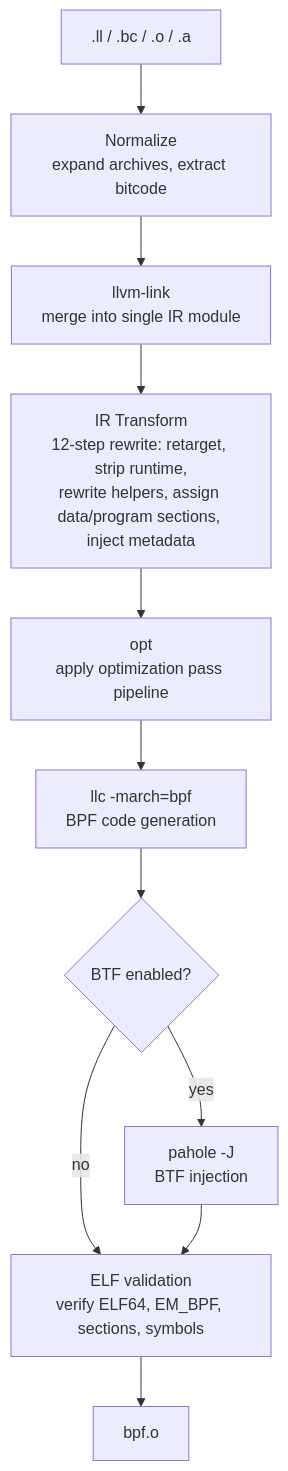
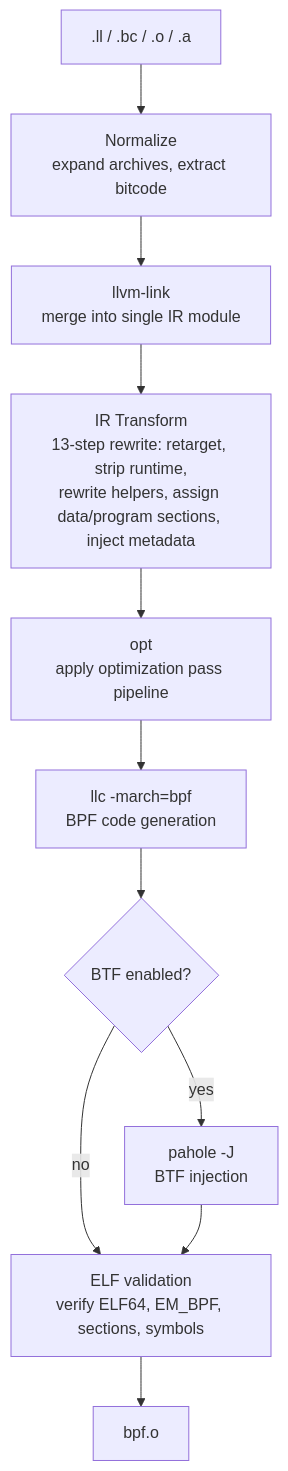
Before and after one commit to kyleseneker/tinybpf: the first of 2 diagrams in docs/ARCHITECTURE.md, drawn with Mermaid. The commit also changed other lines of this file and 3 other files, not shown here.

````diff
--- a/docs/ARCHITECTURE.md
+++ b/docs/ARCHITECTURE.md
@@ -7,13 +7,13 @@
 ```mermaid
 graph TD
     A[".ll / .bc / .o / .a"] --> B["Normalize<br>expand archives, extract bitcode"]
     B --> C["llvm-link<br>merge into single IR module"]
-    C --> D["IR Transform<br>12-step rewrite: retarget, strip runtime,<br>rewrite helpers, assign data/program sections, inject metadata"]
+    C --> D["IR Transform<br>13-step rewrite: retarget, strip runtime,<br>rewrite helpers, assign data/program sections, inject metadata"]
     D --> E["opt<br>apply optimization pass pipeline"]
     E --> F["llc -march=bpf<br>BPF code generation"]
     F --> G{"BTF enabled?"}
     G -- yes --> H["pahole -J<br>BTF injection"]
     G -- no --> I["ELF validation<br>verify ELF64, EM_BPF, sections, symbols"]
     H --> I
     I --> J["bpf.o"]
 ```
````
